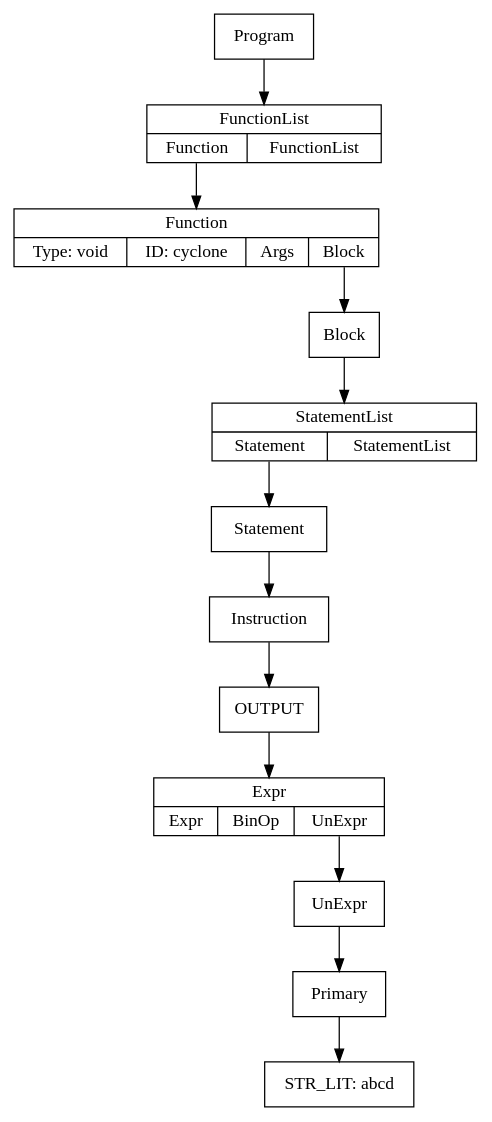
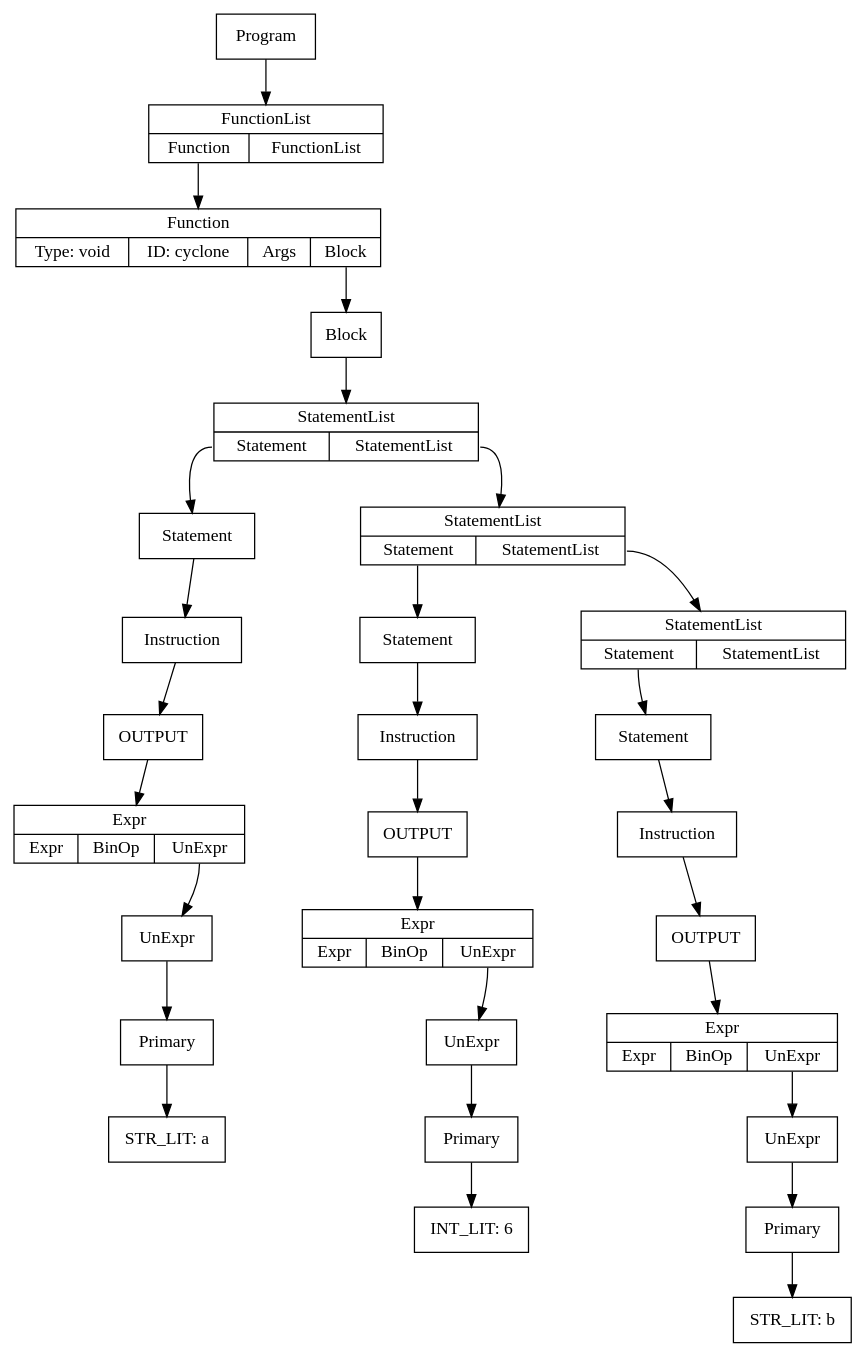
The diagram in InfoFiles/comp2.dot (s-rom/CycloneCompiler), drawn with Graphviz before and after one commit. The commit also changed 9 other files, not shown here.

```diff
--- a/InfoFiles/comp2.dot
+++ b/InfoFiles/comp2.dot
@@ -1,28 +1,60 @@
 digraph ccTree {
 graph[nodesep="1"]
 	node [shape=box]
 	node [shape=box]
 	n0 [label = "Primary"]
-	n1 [label = "STR_LIT: abcd"]
+	n1 [label = "STR_LIT: a"]
 	n0-> n1
 	n2 [label = "UnExpr"]
 	n2-> n0
 	n3 [label = "{Expr | {<e>Expr | <bo>BinOp | <ue>UnExpr}}", shape="record"]
 	n3:ue-> n2
 	n4 [label = "Instruction"]
 	n5 [label = "OUTPUT"]
 	n4-> n5
 	n5-> n3
 	n6 [label = "Statement"]
 	n6-> n4
-	n7 [label = "{StatementList | {<s>Statement | <sl>StatementList}}", shape="record"]
-	n7:s-> n6
-	n8 [label = "Block"]
-	n8-> n7
-	n9 [label = "{Function | {Type: void | ID: cyclone | <a>Args | <b>Block}}", shape="record"]
-	n9:b-> n8
-	n10 [label = "{FunctionList | {<f> Function | <fl> FunctionList}}", shape="record"]
-	n10:f-> n9
-	n11 [label = "Program"]
-	n11-> n10
+	n7 [label = "Primary"]
+	n8 [label = "INT_LIT: 6"]
+	n7-> n8
+	n9 [label = "UnExpr"]
+	n9-> n7
+	n10 [label = "{Expr | {<e>Expr | <bo>BinOp | <ue>UnExpr}}", shape="record"]
+	n10:ue-> n9
+	n11 [label = "Instruction"]
+	n12 [label = "OUTPUT"]
+	n11-> n12
+	n12-> n10
+	n13 [label = "Statement"]
+	n13-> n11
+	n14 [label = "Primary"]
+	n15 [label = "STR_LIT: b"]
+	n14-> n15
+	n16 [label = "UnExpr"]
+	n16-> n14
+	n17 [label = "{Expr | {<e>Expr | <bo>BinOp | <ue>UnExpr}}", shape="record"]
+	n17:ue-> n16
+	n18 [label = "Instruction"]
+	n19 [label = "OUTPUT"]
+	n18-> n19
+	n19-> n17
+	n20 [label = "Statement"]
+	n20-> n18
+	n21 [label = "{StatementList | {<s>Statement | <sl>StatementList}}", shape="record"]
+	n21:s-> n20
+	n22 [label = "{StatementList | {<s>Statement | <sl>StatementList}}", shape="record"]
+	n22:s-> n13
+	n22:sl-> n21
+	n23 [label = "{StatementList | {<s>Statement | <sl>StatementList}}", shape="record"]
+	n23:s-> n6
+	n23:sl-> n22
+	n24 [label = "Block"]
+	n24-> n23
+	n25 [label = "{Function | {Type: void | ID: cyclone | <a>Args | <b>Block}}", shape="record"]
+	n25:b-> n24
+	n26 [label = "{FunctionList | {<f> Function | <fl> FunctionList}}", shape="record"]
+	n26:f-> n25
+	n27 [label = "Program"]
+	n27-> n26
 }
```
